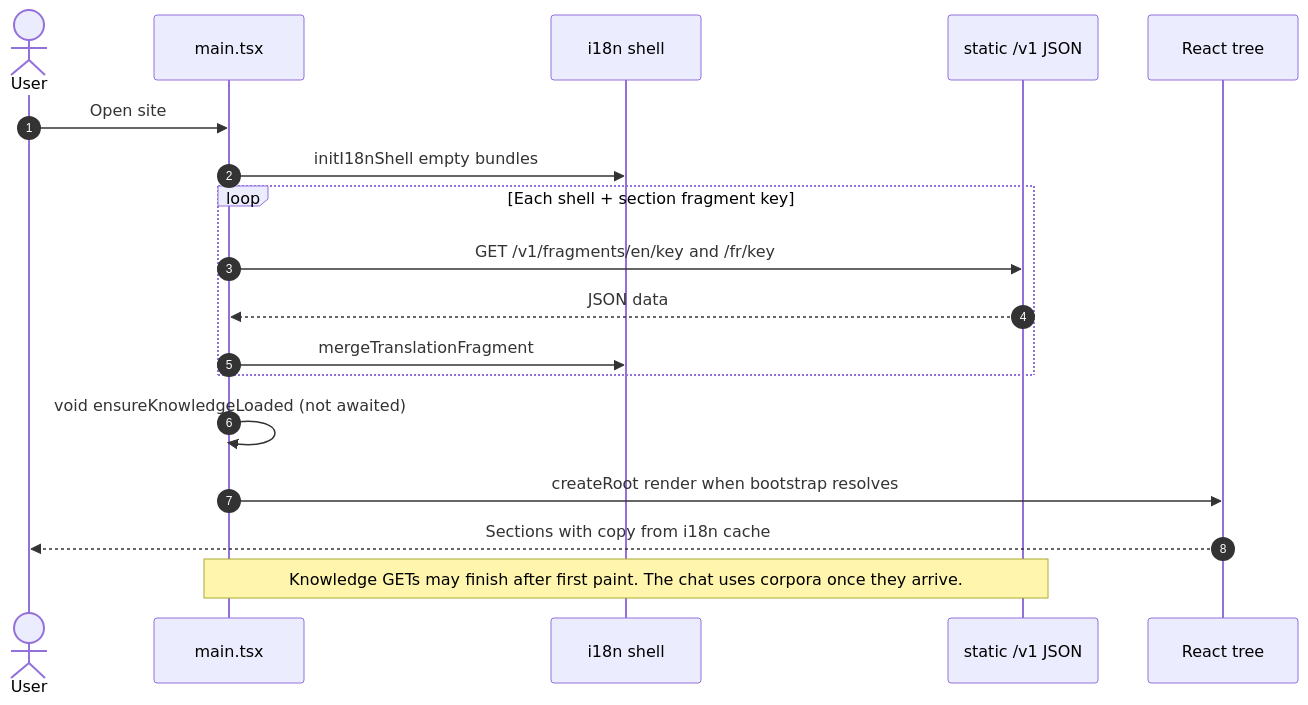
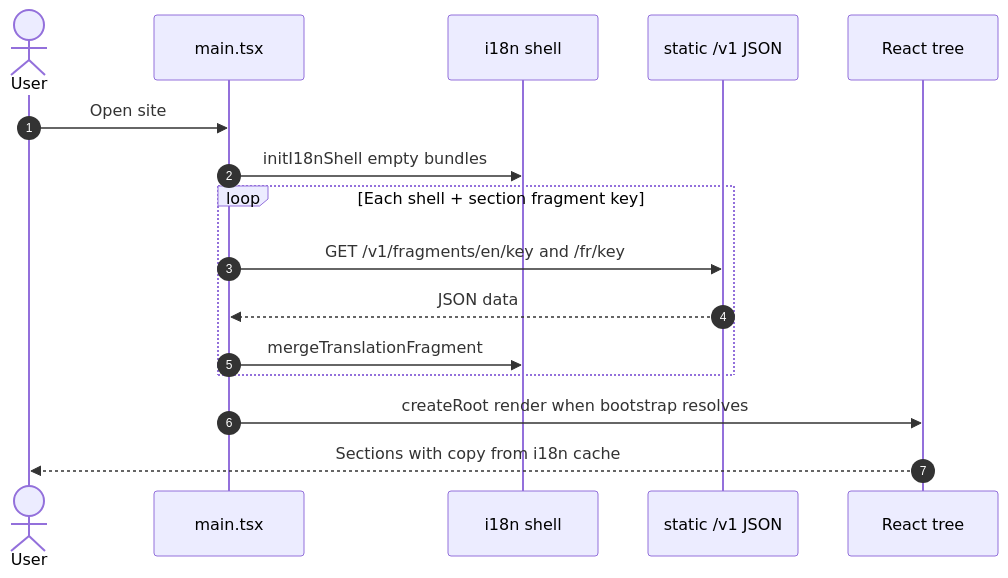
Before and after one commit to kdutta25/my-portfolio: the fifth of 5 diagrams in README.md, drawn with Mermaid. The commit also changed other lines of this file and 12 other files, not shown here.

Commit message:
Move YouTube section after About Me; remove the portfolio chat bubble

````diff
--- a/README.md
+++ b/README.md
@@ -279,21 +274,19 @@
 ```mermaid
 sequenceDiagram
   autonumber
   actor User
   participant Main as main.tsx
   participant I18n as i18n shell
   participant Static as static /v1 JSON
   participant React as React tree
 
   User->>Main: Open site
   Main->>I18n: initI18nShell empty bundles
   loop Each shell + section fragment key
     Main->>Static: GET /v1/fragments/en/key and /fr/key
     Static-->>Main: JSON data
     Main->>I18n: mergeTranslationFragment
   end
-  Main->>Main: void ensureKnowledgeLoaded (not awaited)
   Main->>React: createRoot render when bootstrap resolves
   React-->>User: Sections with copy from i18n cache
-  Note over Main,Static: Knowledge GETs may finish after first paint. The chat uses corpora once they arrive.
 ```
````
